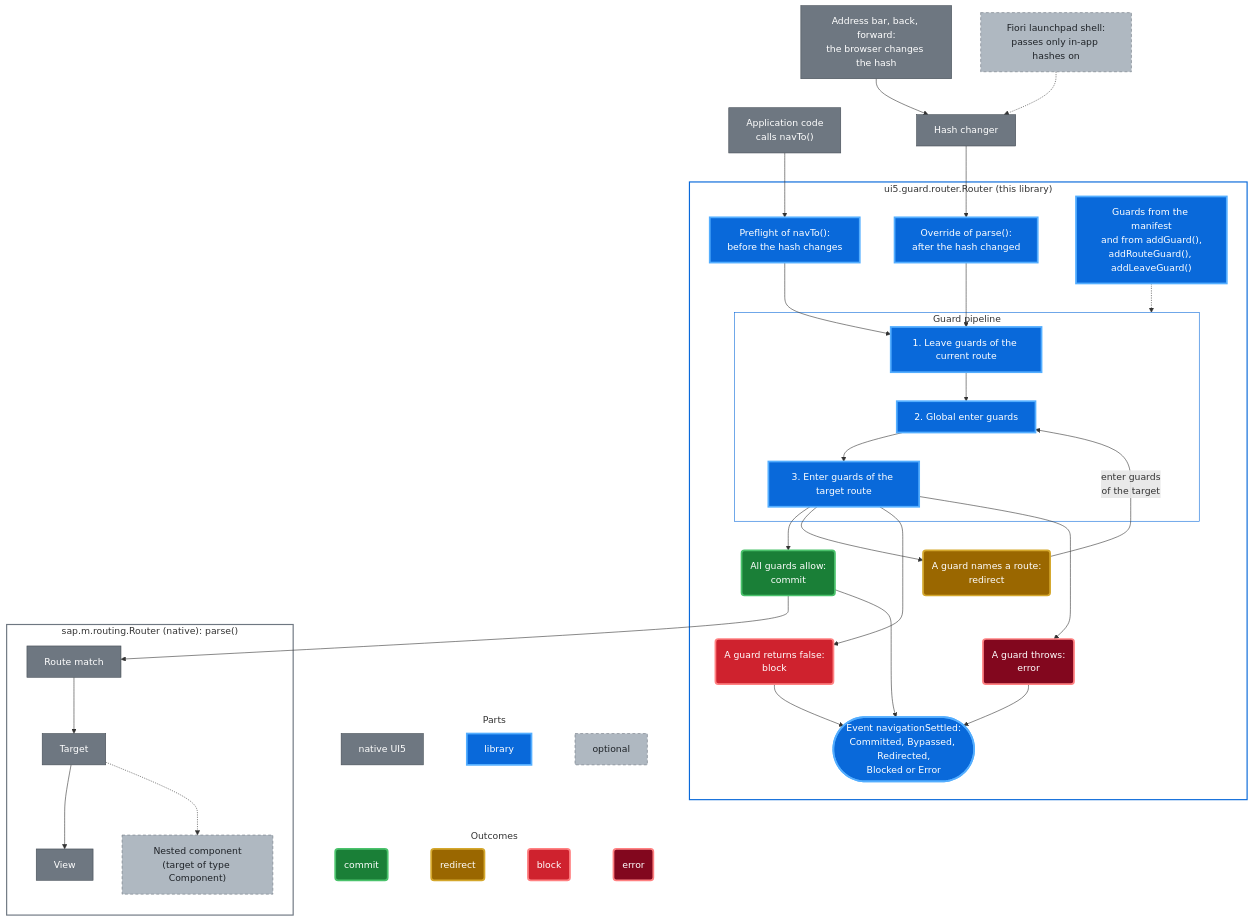
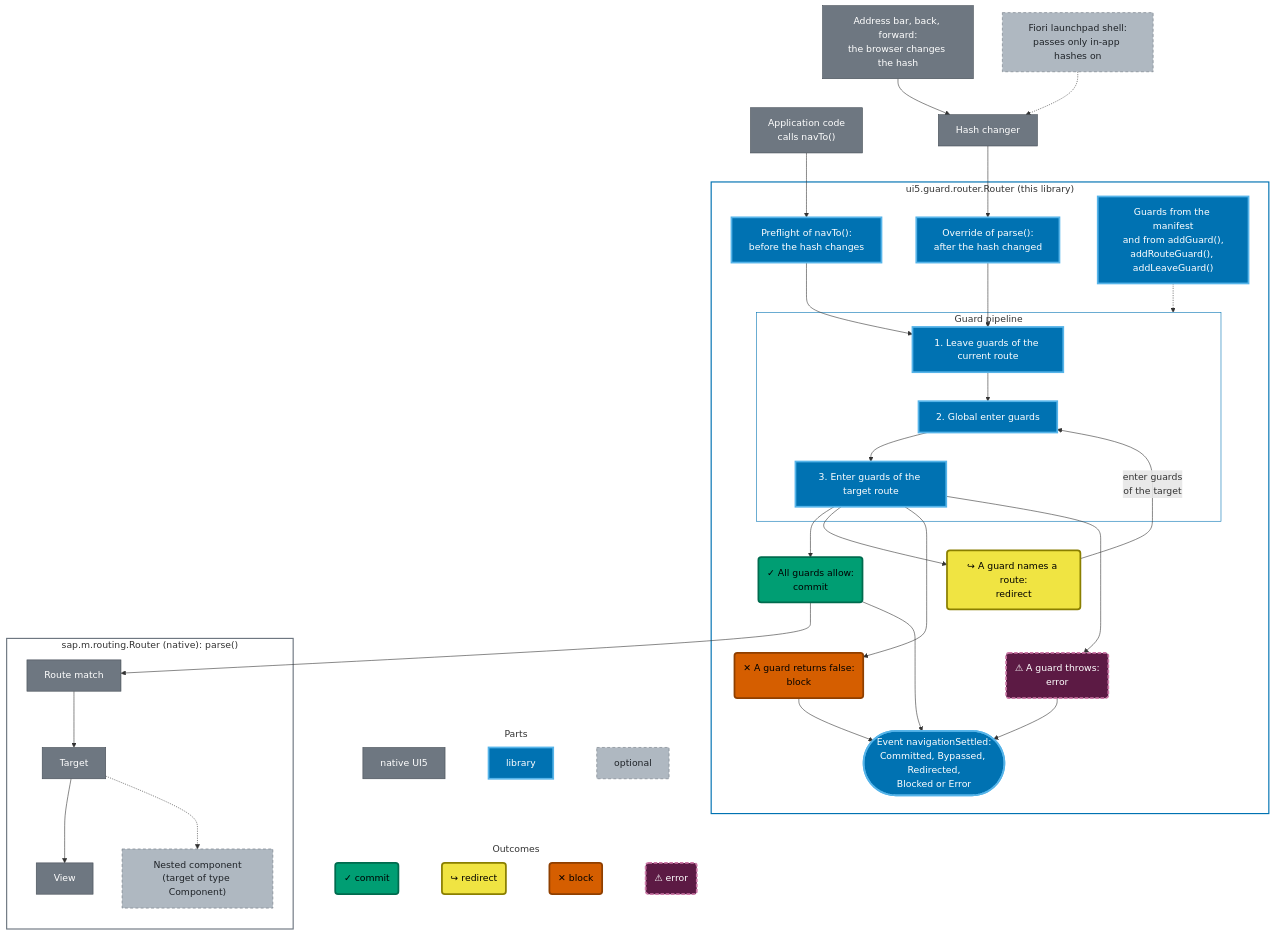
One commit to wridgeu/ui5-lib-guard-router changed the first of 9 diagrams in packages/lib/README.md. Above: the diagram before and after it, drawn with Mermaid. The commit also changed other lines of this file and 4 other files, not shown here.

First line of the commit message:
docs: take the diagram colours from the Okabe-Ito set and mark each outcome with a symbol

```diff
--- a/packages/lib/README.md
+++ b/packages/lib/README.md
@@ -197,10 +197,10 @@
             enter["3. Enter guards of the target route"]
             leave --> global --> enter
         end
-        commit("All guards allow:<br/>commit")
-        redirect("A guard names a route:<br/>redirect")
-        block("A guard returns false:<br/>block")
-        error("A guard throws:<br/>error")
+        commit("✓ All guards allow:<br/>commit")
+        redirect("↪ A guard names a route:<br/>redirect")
+        block("✕ A guard returns false:<br/>block")
+        error("⚠ A guard throws:<br/>error")
         settled(["Event navigationSettled:<br/>Committed, Bypassed, Redirected,<br/>Blocked or Error"])
     end
 
@@ -232,12 +232,12 @@
     error --> settled
 
     classDef native fill:#6e7781,stroke:#424a53,color:#ffffff
-    classDef added fill:#0969da,stroke:#54aeff,stroke-width:3px,color:#ffffff
+    classDef added fill:#0072B2,stroke:#56B4E9,stroke-width:3px,color:#ffffff
     classDef optional fill:#afb8c1,stroke:#6e7781,stroke-dasharray:5 4,color:#1f2328
-    classDef commit fill:#1a7f37,stroke:#4ac26b,stroke-width:3px,color:#ffffff
-    classDef redirect fill:#9a6700,stroke:#d4a72c,stroke-width:3px,color:#ffffff
-    classDef block fill:#cf222e,stroke:#ff8182,stroke-width:3px,color:#ffffff
-    classDef error fill:#82071e,stroke:#ff8182,stroke-width:3px,color:#ffffff
+    classDef commit fill:#009E73,stroke:#006b4e,stroke-width:3px,color:#000000
+    classDef redirect fill:#F0E442,stroke:#8a7f00,stroke-width:3px,color:#000000
+    classDef block fill:#D55E00,stroke:#8f3f00,stroke-width:3px,color:#000000
+    classDef error fill:#5c1a44,stroke:#CC79A7,stroke-width:3px,stroke-dasharray:6 3,color:#ffffff
     class bar,appCode,hash,match,target,view native
     class preflight,parse,sources,leave,global,enter,settled added
     class shell,nested optional
@@ -245,8 +245,8 @@
     class redirect redirect
     class block block
     class error error
-    style added fill:none,stroke:#0969da,stroke-width:2px
-    style pipeline fill:none,stroke:#0969da
+    style added fill:none,stroke:#0072B2,stroke-width:2px
+    style pipeline fill:none,stroke:#0072B2
     style native fill:none,stroke:#6e7781,stroke-width:2px
 
     subgraph parts ["Parts"]
@@ -255,7 +255,7 @@
     end
     subgraph outcomes ["Outcomes"]
         direction LR
-        lCommit("commit") ~~~ lRedirect("redirect") ~~~ lBlock("block") ~~~ lError("error")
+        lCommit("✓ commit") ~~~ lRedirect("↪ redirect") ~~~ lBlock("✕ block") ~~~ lError("⚠ error")
     end
     native ~~~ parts ~~~ outcomes
     class lNative native
```
